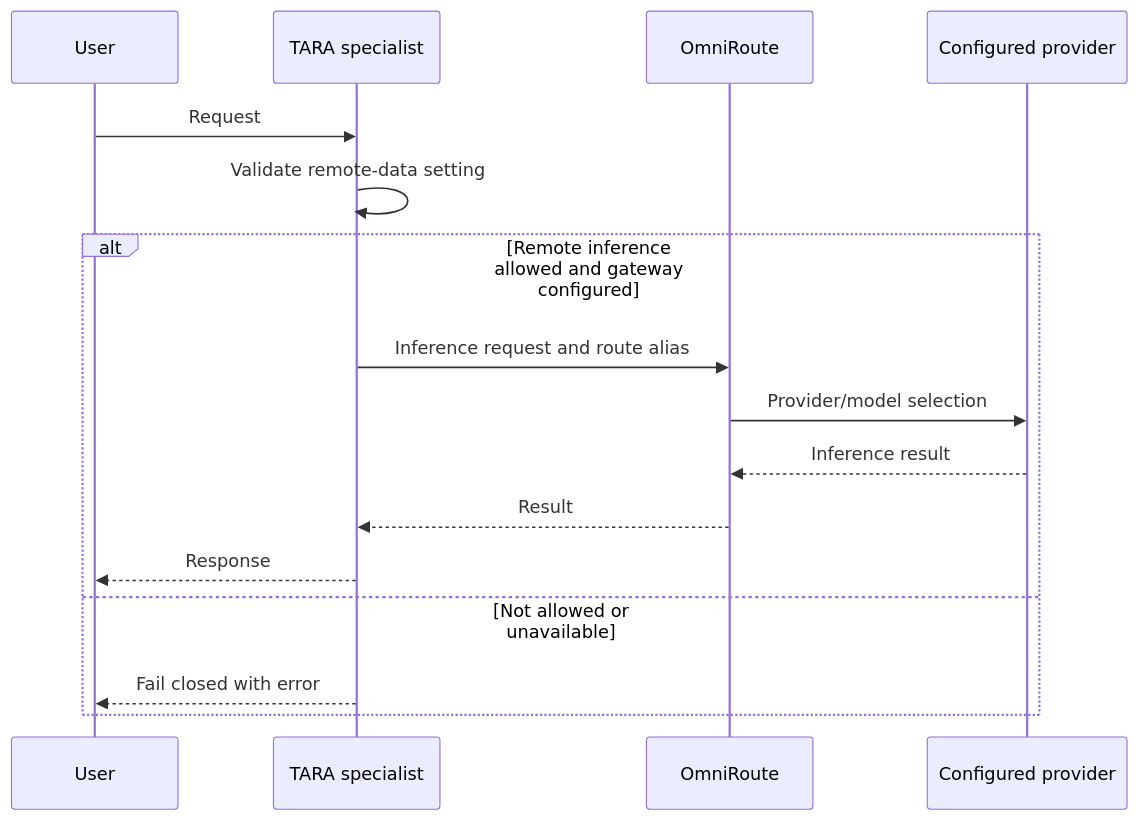
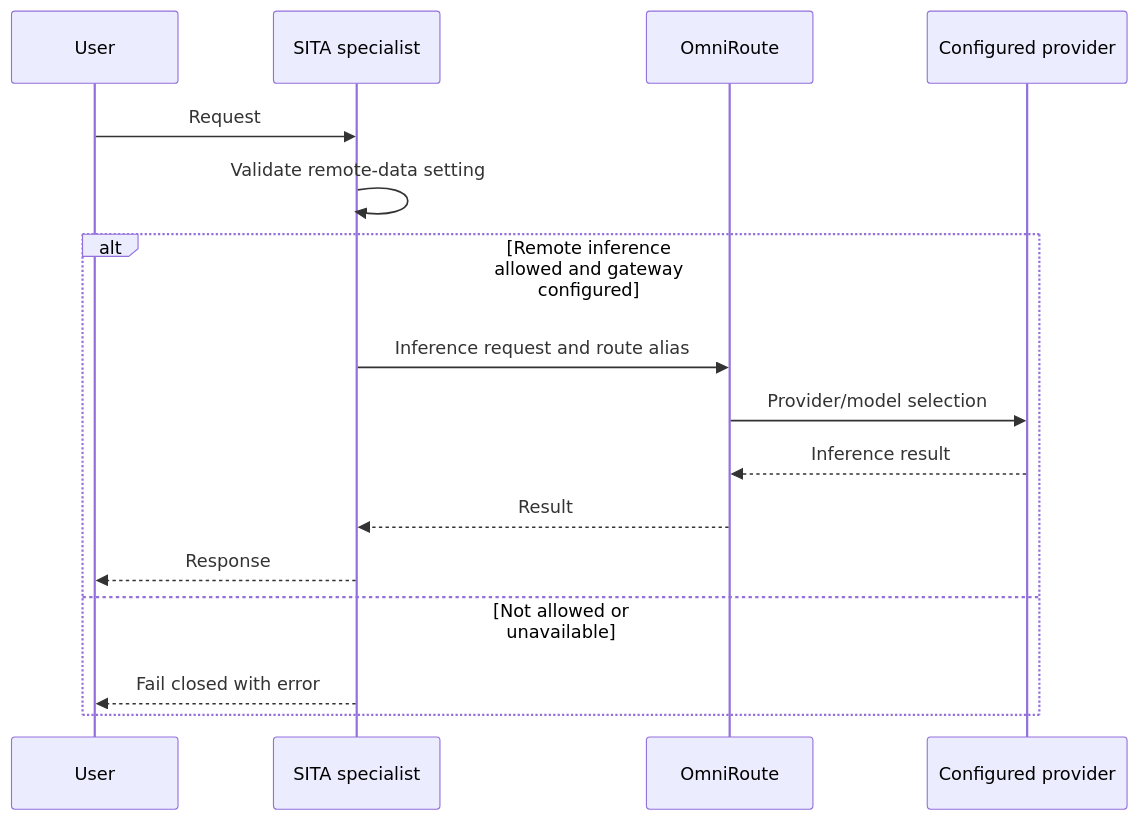
One commit to deathkernel/SITA changed the third of 12 diagrams in README.md. Above: the diagram before and after it, drawn with Mermaid. The commit also changed other lines of this file and 34 other files, not shown here.

Commit message:
feat: rebrand TARA as SITA with compatibility aliases

````diff
--- a/README.md
+++ b/README.md
@@ -363,18 +363,18 @@
 ```mermaid
 sequenceDiagram
   participant U as User
-  participant T as TARA specialist
+  participant T as SITA specialist
   participant O as OmniRoute
   participant P as Configured provider
   U->>T: Request
   T->>T: Validate remote-data setting
   alt Remote inference allowed and gateway configured
     T->>O: Inference request and route alias
     O->>P: Provider/model selection
     P-->>O: Inference result
     O-->>T: Result
     T-->>U: Response
   else Not allowed or unavailable
     T-->>U: Fail closed with error
   end
 ```
````
